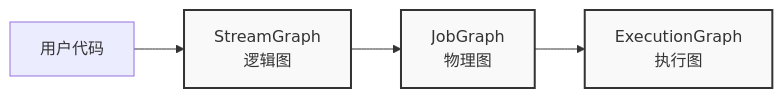
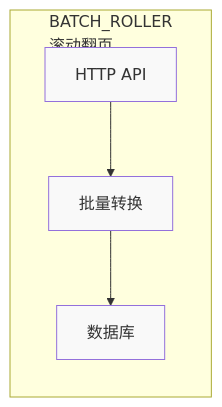
The third of 16 diagrams in pipeline-framework-design.md (312268112/advanced-java), drawn with Mermaid before and after one commit. The commit also changed other lines of this file, not shown here.

````diff
--- a/pipeline-framework-design.md
+++ b/pipeline-framework-design.md
@@ -96,10 +161,9 @@
 ```mermaid
 graph LR
-    A[用户代码] --> B[StreamGraph<br/>逻辑图]
-    B --> C[JobGraph<br/>物理图]
-    C --> D[ExecutionGraph<br/>执行图]
-    
-    style B fill:#f9f9f9,stroke:#333,stroke-width:2px
-    style C fill:#f9f9f9,stroke:#333,stroke-width:2px
-    style D fill:#f9f9f9,stroke:#333,stroke-width:2px
+    subgraph "BATCH_ROLLER<br/>滚动翻页"
+        S2[HTTP API] --> T2[批量转换] --> K2[数据库]
+        style S2 fill:#f9f9f9
+        style T2 fill:#f9f9f9
+        style K2 fill:#f9f9f9
+    end
 ```
````
